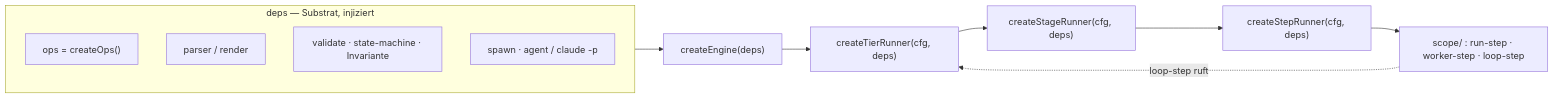
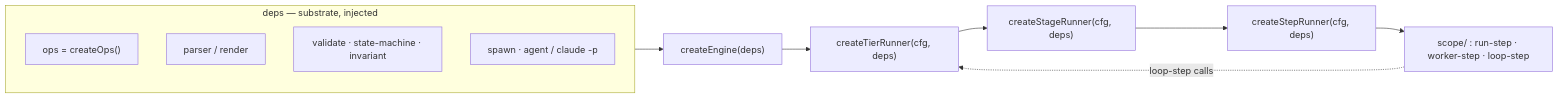
The second of 2 diagrams in docs/design/engine-architecture.md (chafoo/anchored), drawn with Mermaid before and after one commit. The commit also changed other lines of this file and 131 other files, not shown here.

````diff
--- a/docs/design/engine-architecture.md
+++ b/docs/design/engine-architecture.md
@@ -58,16 +57,16 @@
 ```mermaid
 flowchart LR
-    subgraph deps["deps — Substrat, injiziert"]
+    subgraph deps["deps — substrate, injected"]
         ops["ops = createOps()"]
         parse["parser / render"]
-        val["validate · state-machine · Invariante"]
+        val["validate · state-machine · invariant"]
         spawn["spawn · agent / claude -p"]
     end
 
     E["createEngine(deps)"] --> T["createTierRunner(cfg, deps)"]
     T --> S["createStageRunner(cfg, deps)"]
     S --> P["createStepRunner(cfg, deps)"]
     P --> SC["scope/ : run-step · worker-step · loop-step"]
-    SC -. "loop-step ruft" .-> T
+    SC -. "loop-step calls" .-> T
     deps --> E
 ```
````
